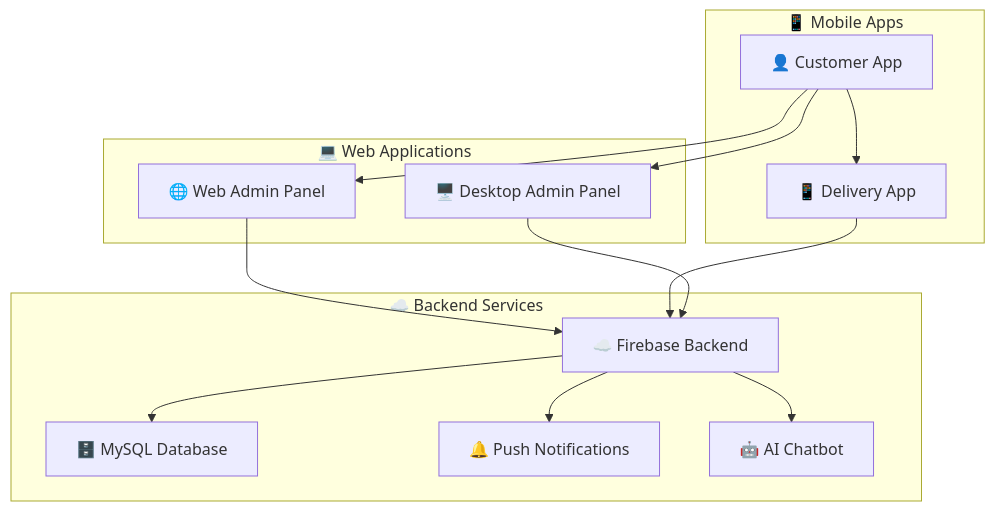
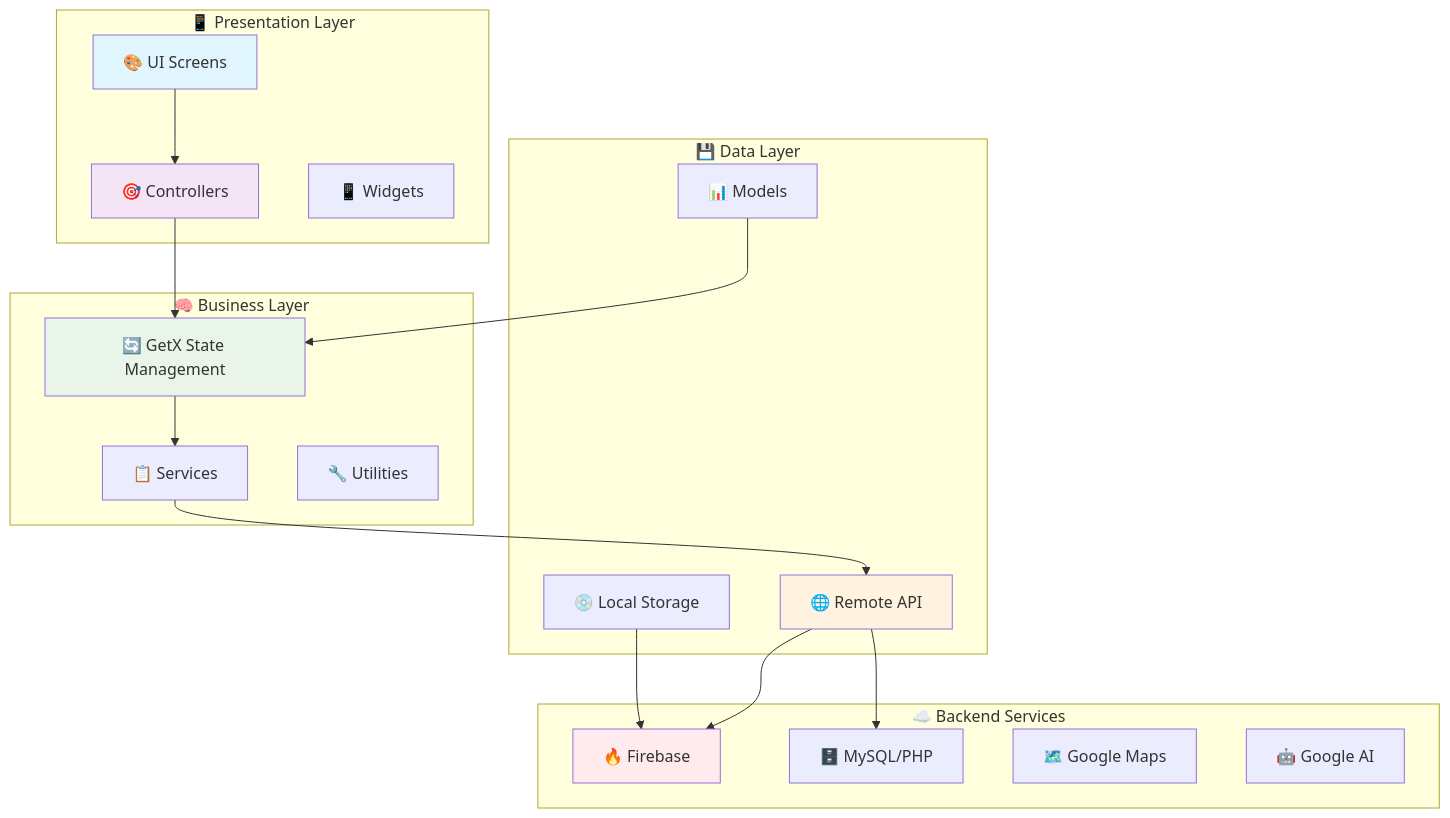
The diagram in README.md (oiu85/Ecommerce-flutter-app-Pharmacy), drawn with Mermaid before and after one commit. The commit also changed other lines of this file and 2 other files, not shown here.

````diff
--- a/README.md
+++ b/README.md
@@ -33,31 +51,42 @@
 ```mermaid
 graph TB
-    A[👤 Customer App] --> B[🌐 Web Admin Panel]
-    A --> C[📱 Delivery App]
-    A --> D[🖥️ Desktop Admin Panel]
-    
-    B --> E[☁️ Firebase Backend]
-    C --> E
-    D --> E
-    
-    E --> F[🗄️ MySQL Database]
-    E --> G[🔔 Push Notifications]
-    E --> H[🤖 AI Chatbot]
-    
-    subgraph "📱 Mobile Apps"
-        A
-        C
+    subgraph "📱 Presentation Layer"
+        A[🎨 UI Screens]
+        B[🎯 Controllers]
+        C[📱 Widgets]
     end
     
-    subgraph "💻 Web Applications"
-        B
-        D
+    subgraph "🧠 Business Layer"
+        D[🔄 GetX State Management]
+        E[📋 Services]
+        F[🔧 Utilities]
+    end
+    
+    subgraph "💾 Data Layer"
+        G[🌐 Remote API]
+        H[💿 Local Storage]
+        I[📊 Models]
     end
     
     subgraph "☁️ Backend Services"
-        E
-        F
-        G
-        H
+        J[🔥 Firebase]
+        K[🗄️ MySQL/PHP]
+        L[🗺️ Google Maps]
+        M[🤖 Google AI]
     end
+    
+    A --> B
+    B --> D
+    D --> E
+    E --> G
+    G --> J
+    G --> K
+    H --> J
+    I --> D
+    
+    style A fill:#e1f5fe
+    style B fill:#f3e5f5
+    style D fill:#e8f5e8
+    style G fill:#fff3e0
+    style J fill:#ffebee
 ```
````
